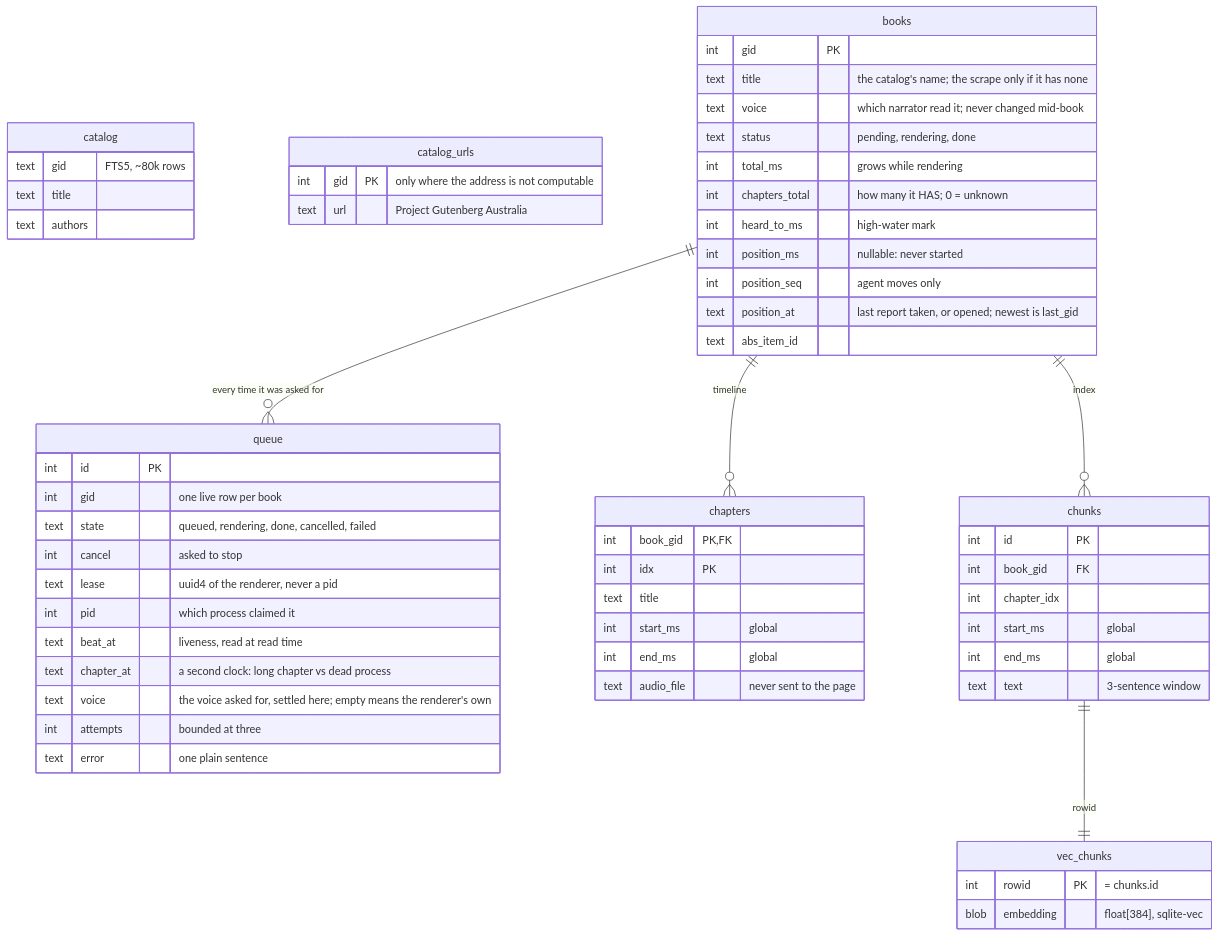
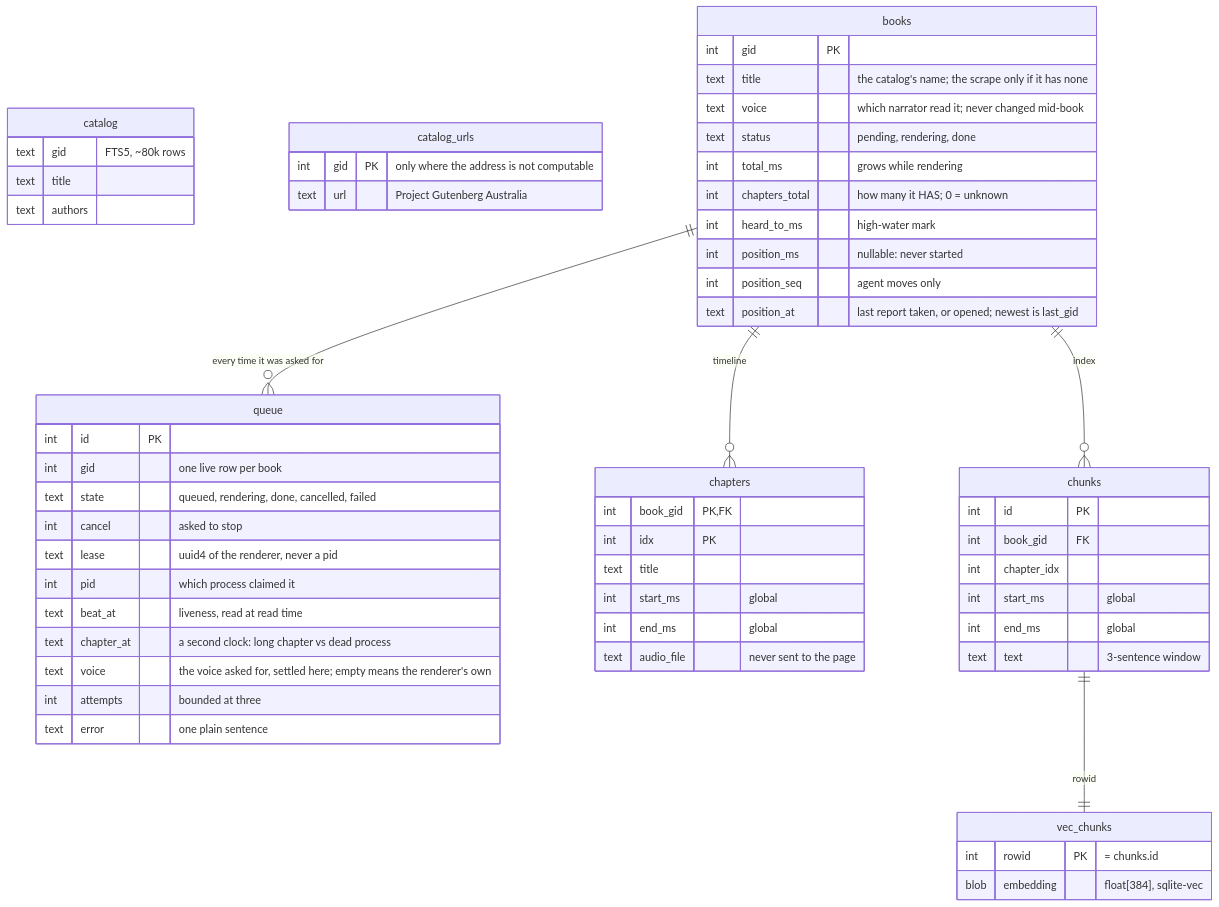
Before and after one commit to gilesknap/somnia: the third of 5 diagrams in docs/explanations/architecture.md, drawn with Mermaid. The commit also changed other lines of this file and 15 other files, not shown here.

````diff
--- a/docs/explanations/architecture.md
+++ b/docs/explanations/architecture.md
@@ -174,63 +170,62 @@
 ```mermaid
 erDiagram
   catalog {
     text gid "FTS5, ~80k rows"
     text title
     text authors
   }
   catalog_urls {
     int gid PK "only where the address is not computable"
     text url "Project Gutenberg Australia"
   }
   books {
     int gid PK
     text title "the catalog's name; the scrape only if it has none"
     text voice "which narrator read it; never changed mid-book"
     text status "pending, rendering, done"
     int total_ms "grows while rendering"
     int chapters_total "how many it HAS; 0 = unknown"
     int heard_to_ms "high-water mark"
     int position_ms "nullable: never started"
     int position_seq "agent moves only"
     text position_at "last report taken, or opened; newest is last_gid"
-    text abs_item_id
   }
   queue {
     int id PK
     int gid "one live row per book"
     text state "queued, rendering, done, cancelled, failed"
     int cancel "asked to stop"
     text lease "uuid4 of the renderer, never a pid"
     int pid "which process claimed it"
     text beat_at "liveness, read at read time"
     text chapter_at "a second clock: long chapter vs dead process"
     text voice "the voice asked for, settled here; empty means the renderer's own"
     int attempts "bounded at three"
     text error "one plain sentence"
   }
   chapters {
     int book_gid PK, FK
     int idx PK
     text title
     int start_ms "global"
     int end_ms "global"
     text audio_file "never sent to the page"
   }
   chunks {
     int id PK
     int book_gid FK
     int chapter_idx
     int start_ms "global"
     int end_ms "global"
     text text "3-sentence window"
   }
   vec_chunks {
     int rowid PK "= chunks.id"
     blob embedding "float[384], sqlite-vec"
   }
 
   books ||--o{ chapters : "timeline"
   books ||--o{ chunks : "index"
   chunks ||--|| vec_chunks : "rowid"
   books ||--o{ queue : "every time it was asked for"
 ```
````
